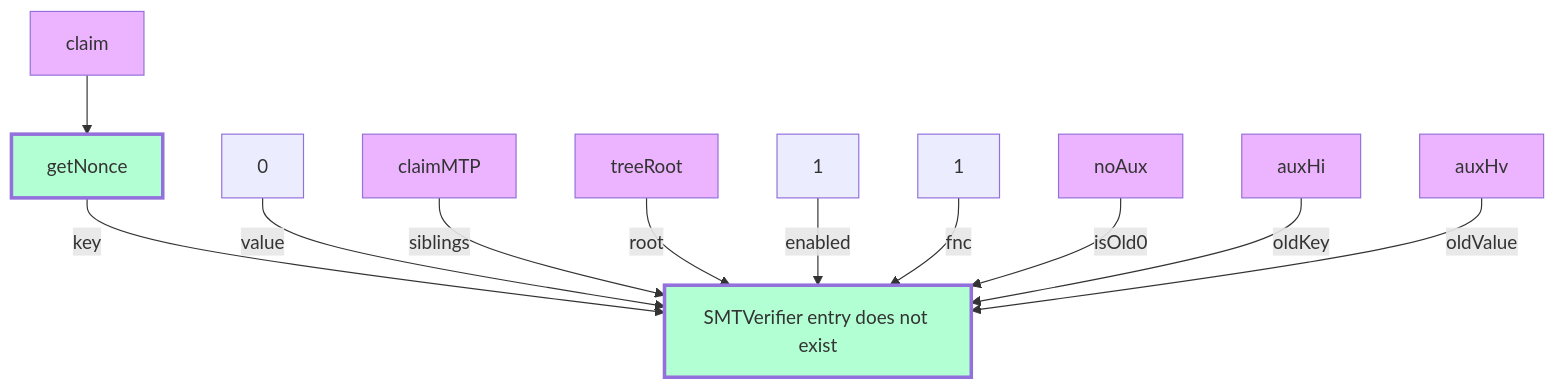
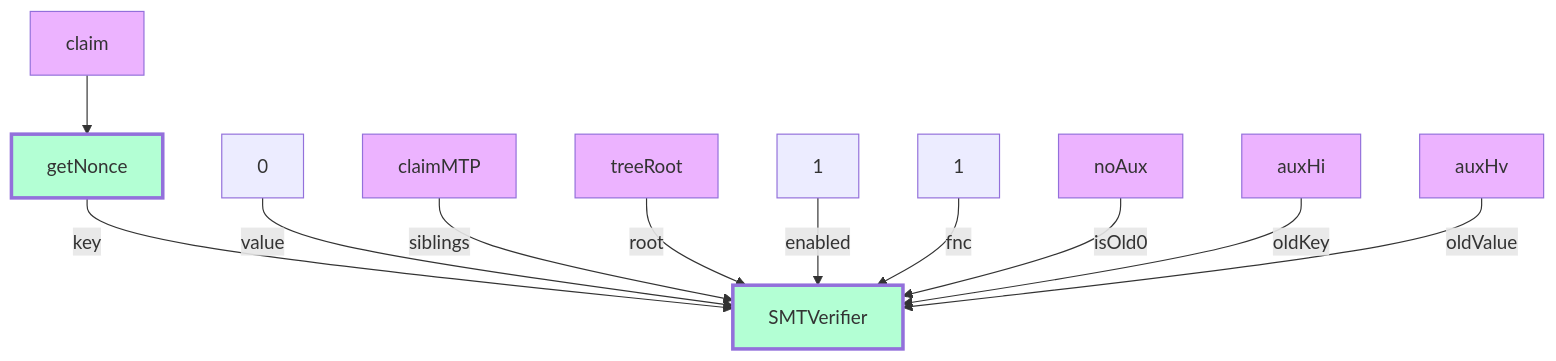
The third of 5 diagrams in mkdocs/docs/protocol/circuits.md (iden3/docs), drawn with Mermaid before and after one commit. The commit also changed other lines of this file, not shown here.

````diff
--- a/mkdocs/docs/protocol/circuits.md
+++ b/mkdocs/docs/protocol/circuits.md
@@ -34,19 +76,19 @@
 ```mermaid
 graph TB
     claim --> getNonce
-    getNonce -- key --> SMTVerifier[SMTVerifier entry does not exist]
+    getNonce -- key --> SMTVerifier[SMTVerifier]
     0 -- value --> SMTVerifier
     claimMTP -- siblings --> SMTVerifier
     treeRoot -- root --> SMTVerifier
     1 -- enabled --> SMTVerifier
     zero1[1] -- fnc --> SMTVerifier
     noAux -- isOld0 --> SMTVerifier
     auxHi -- oldKey --> SMTVerifier
     auxHv -- oldValue --> SMTVerifier
     
     classDef inputStyle fill:#ecb3ff
     class claim,claimMTP,treeRoot,noAux,auxHi,auxHv inputStyle
     
     classDef circuitStyle fill:#b3ffd4,stroke-width:3px;  
     class getNonce,SMTVerifier circuitStyle;
 ```
````
